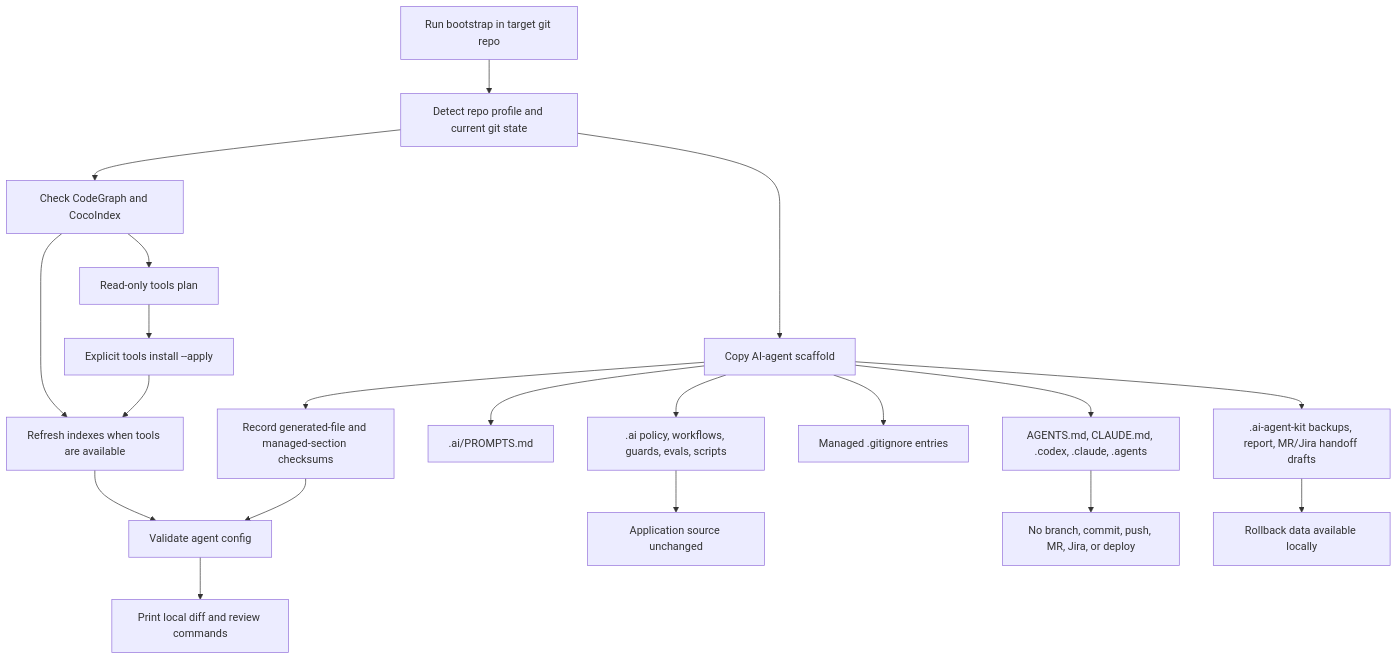
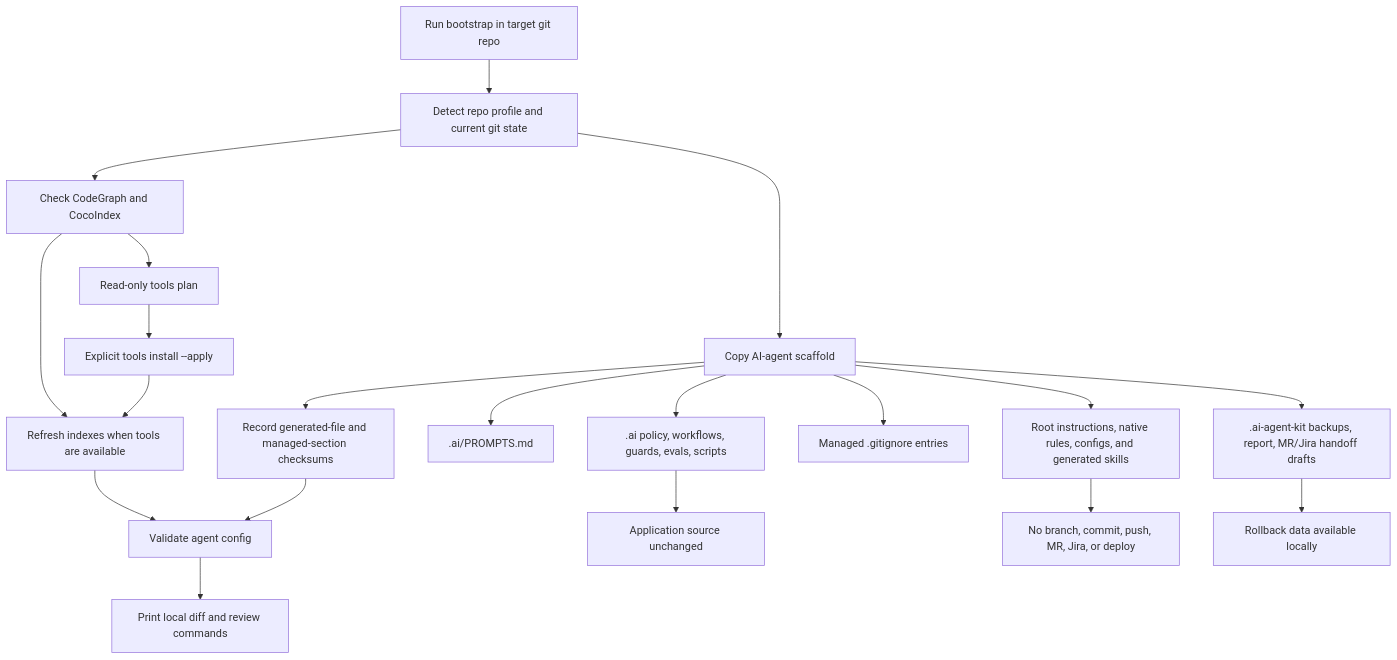
Before and after one commit to phamhungptithcm/ai-agent-kit: the fourth of 7 diagrams in docs/HIGH_LEVEL_DESIGN.md, drawn with Mermaid. The commit also changed other lines of this file and 137 other files, not shown here.

````diff
--- a/docs/HIGH_LEVEL_DESIGN.md
+++ b/docs/HIGH_LEVEL_DESIGN.md
@@ -117,24 +135,24 @@
 ```mermaid
 flowchart TD
   Start[Run bootstrap in target git repo] --> Detect[Detect repo profile and current git state]
   Detect --> Copy[Copy AI-agent scaffold]
   Copy --> Policy[.ai policy, workflows, guards, evals, scripts]
-  Copy --> Adapters[AGENTS.md, CLAUDE.md, .codex, .claude, .agents]
+  Copy --> Adapters[Root instructions, native rules, configs, and generated skills]
   Copy --> Prompts[.ai/PROMPTS.md]
   Copy --> Metadata[.ai-agent-kit backups, report, MR/Jira handoff drafts]
   Copy --> Gitignore[Managed .gitignore entries]
 
   Detect --> Tools[Check CodeGraph and CocoIndex]
   Tools --> ToolPlan[Read-only tools plan]
   ToolPlan --> ToolApply[Explicit tools install --apply]
   Tools --> Index[Refresh indexes when tools are available]
   ToolApply --> Index
   Index --> Validate[Validate agent config]
   Copy --> Ownership[Record generated-file and managed-section checksums]
   Ownership --> Validate
   Validate --> Diff[Print local diff and review commands]
 
   Policy --> NoApp[Application source unchanged]
   Adapters --> NoRemote[No branch, commit, push, MR, Jira, or deploy]
   Metadata --> Rollback[Rollback data available locally]
 ```
````
